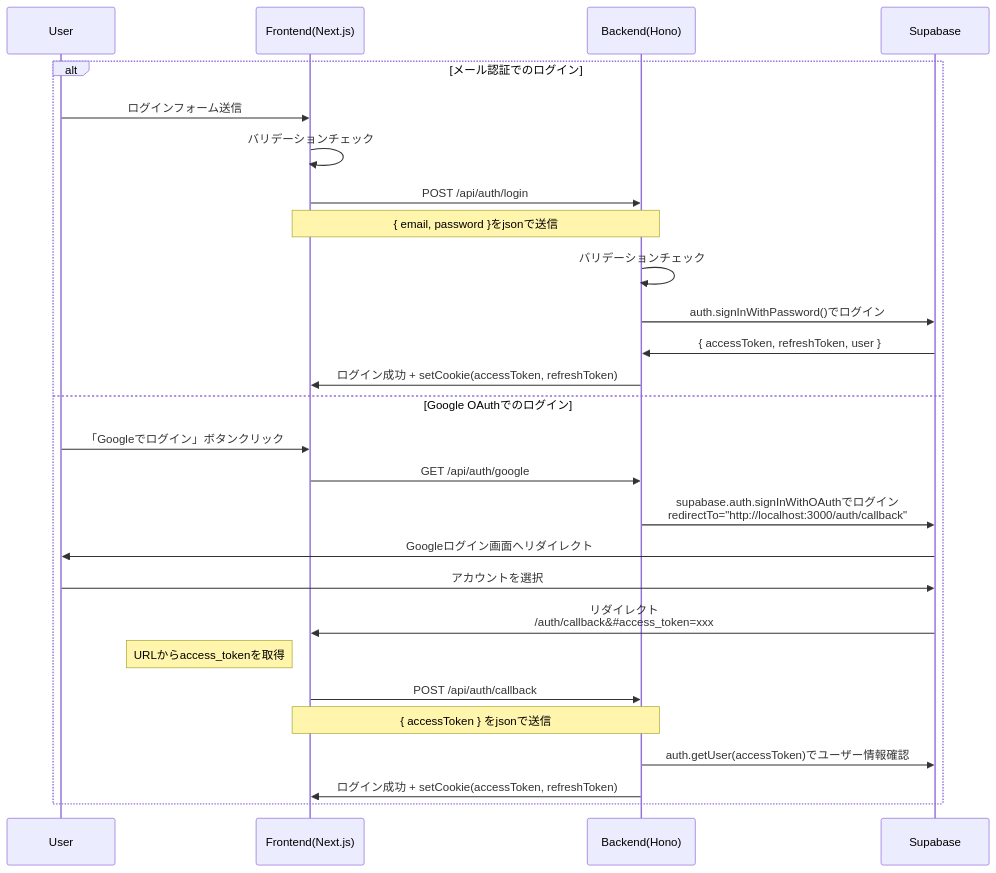
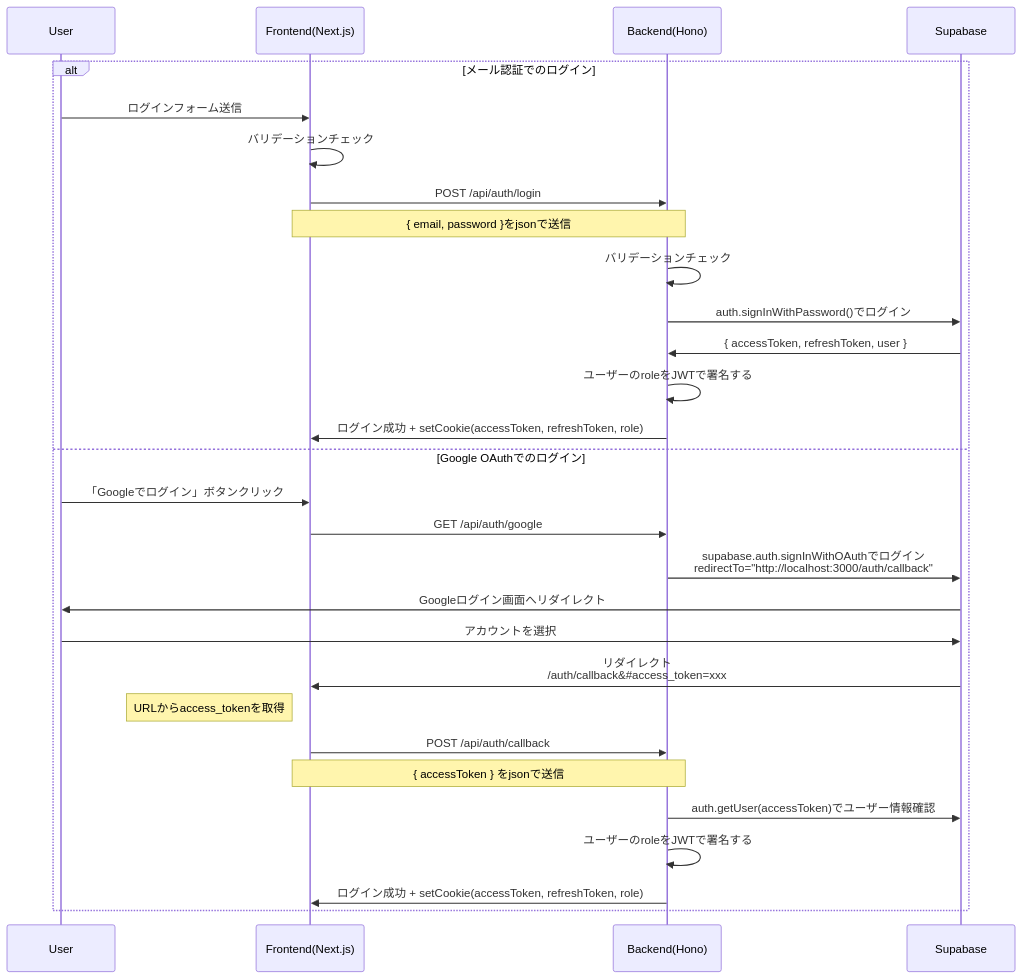
The second of 6 diagrams in docs/station3/doc.md (Takuya0202/foodsnap), drawn with Mermaid before and after one commit. The commit also changed other lines of this file and 19 other files, not shown here.

````diff
--- a/docs/station3/doc.md
+++ b/docs/station3/doc.md
@@ -87,32 +89,34 @@
 ```mermaid
 sequenceDiagram
   participant U as User
   participant F as Frontend(Next.js)
   participant B as Backend(Hono)
   participant DB as Supabase
 
   alt メール認証でのログイン
     U->>F: ログインフォーム送信
     F->>F: バリデーションチェック
     F->>B: POST /api/auth/login
     Note over F,B: { email, password }をjsonで送信
     
     B->>B: バリデーションチェック
     B->>DB: auth.signInWithPassword()でログイン
     DB->>B: { accessToken, refreshToken, user }
-    B->>F: ログイン成功 + setCookie(accessToken, refreshToken)
+    B->>B : ユーザーのroleをJWTで署名する
+    B->>F: ログイン成功 + setCookie(accessToken, refreshToken, role)
     
   else Google OAuthでのログイン
     U->>F: 「Googleでログイン」ボタンクリック
     F->>B: GET /api/auth/google
     B->>DB: supabase.auth.signInWithOAuthでログイン<br/>redirectTo="http://localhost:3000/auth/callback"
     DB->>U: Googleログイン画面へリダイレクト
     U->>DB: アカウントを選択
     DB->>F: リダイレクト<br/>/auth/callback&#35;access_token=xxx
     Note left of F: URLからaccess_tokenを取得
     F->>B: POST /api/auth/callback
     Note over F,B: { accessToken } をjsonで送信
     B->>DB: auth.getUser(accessToken)でユーザー情報確認
-    B->>F: ログイン成功 + setCookie(accessToken, refreshToken)
+    B->>B : ユーザーのroleをJWTで署名する
+    B->>F: ログイン成功 + setCookie(accessToken, refreshToken, role)
   end
 ```
````
